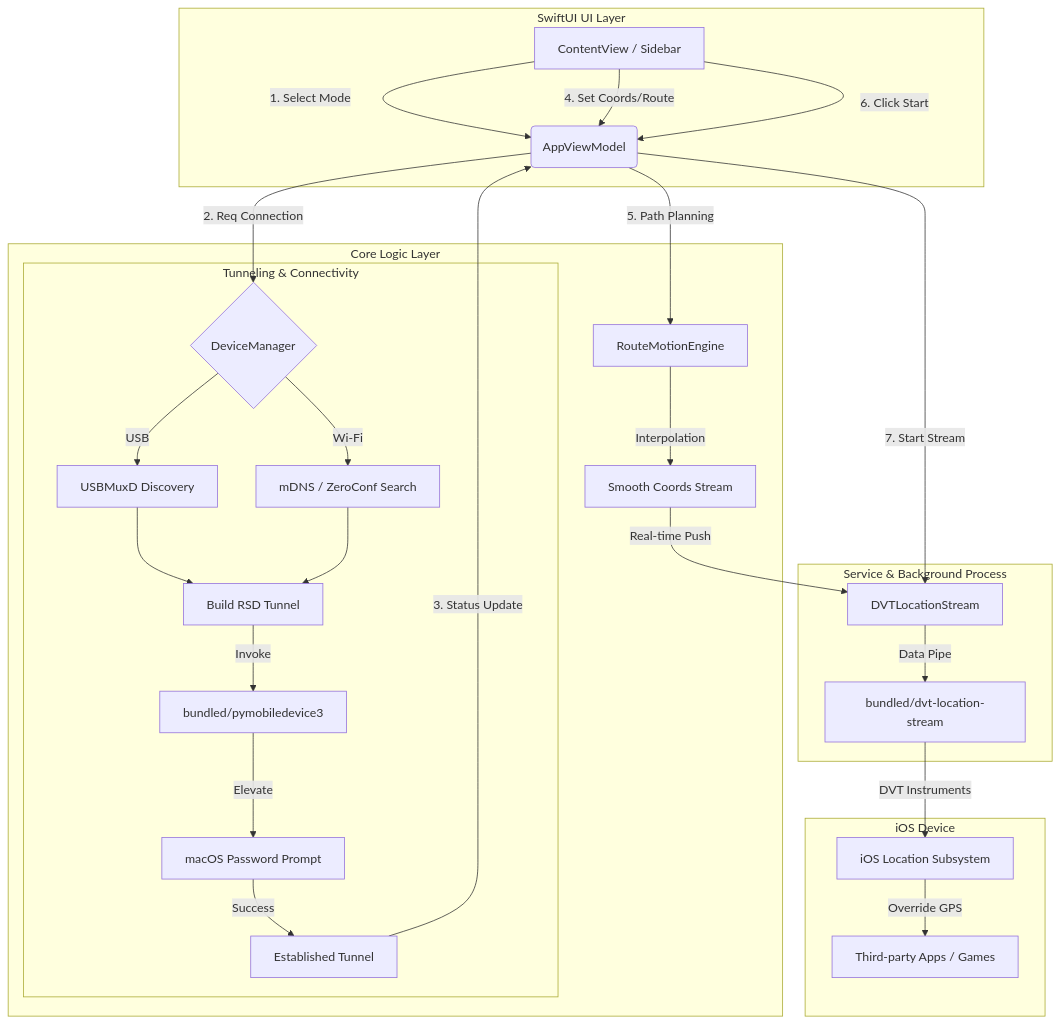
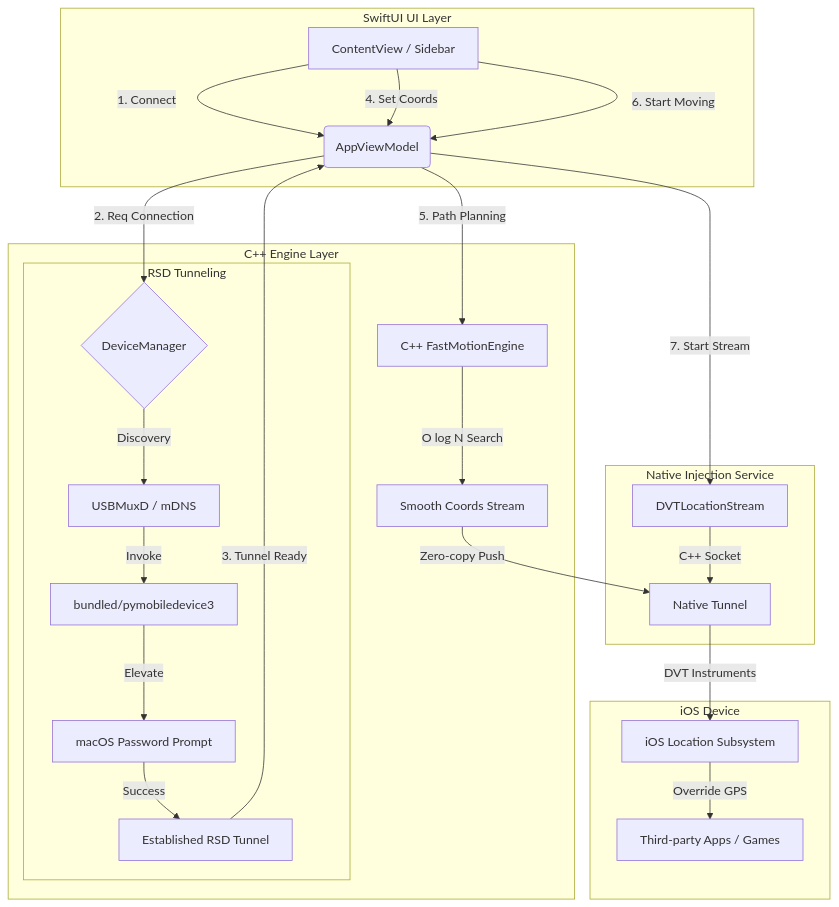
Before and after one commit to yusenhan/flyflyfly: the diagram in README.en.md, drawn with Mermaid. The commit also changed other lines of this file and 1 other file, not shown here.

````diff
--- a/README.en.md
+++ b/README.en.md
@@ -50,37 +43,35 @@
 ```mermaid
 graph TD
     %% Roles
     subgraph UI_Layer [SwiftUI UI Layer]
-        A[ContentView / Sidebar] -->|1. Select Mode| B(AppViewModel)
-        A -->|4. Set Coords/Route| B
-        A -->|6. Click Start| B
+        A[ContentView / Sidebar] -->|1. Connect| B(AppViewModel)
+        A -->|4. Set Coords| B
+        A -->|6. Start Moving| B
     end
 
-    subgraph Logic_Layer [Core Logic Layer]
+    subgraph Logic_Layer [C++ Engine Layer]
         B -->|2. Req Connection| C{DeviceManager}
         
-        subgraph Connection_Process [Tunneling & Connectivity]
-            C -->|USB| D[USBMuxD Discovery]
-            C -->|Wi-Fi| E[mDNS / ZeroConf Search]
-            D & E --> F[Build RSD Tunnel]
-            F -->|Invoke| G[bundled/pymobiledevice3]
+        subgraph Connection_Process [RSD Tunneling]
+            C -->|Discovery| D[USBMuxD / mDNS]
+            D -->|Invoke| G[bundled/pymobiledevice3]
             G -->|Elevate| H[macOS Password Prompt]
-            H -->|Success| I[Established Tunnel]
+            H -->|Success| I[Established RSD Tunnel]
         end
 
-        B -->|5. Path Planning| J[RouteMotionEngine]
-        J -->|Interpolation| K[Smooth Coords Stream]
+        B -->|5. Path Planning| J[C++ FastMotionEngine]
+        J -->|O log N Search| K[Smooth Coords Stream]
     end
 
-    subgraph Service_Layer [Service & Background Process]
-        I -->|3. Status Update| B
+    subgraph Native_Service [Native Injection Service]
+        I -->|3. Tunnel Ready| B
         B -->|7. Start Stream| L[DVTLocationStream]
-        L -->|Data Pipe| M[bundled/dvt-location-stream]
-        K -->|Real-time Push| L
+        L -->|C++ Socket| M[Native Tunnel]
+        K -->|Zero-copy Push| M
     end
 
     subgraph iOS_Device [iOS Device]
         M -->|DVT Instruments| N[iOS Location Subsystem]
         N -->|Override GPS| O[Third-party Apps / Games]
     end
 ```
````
